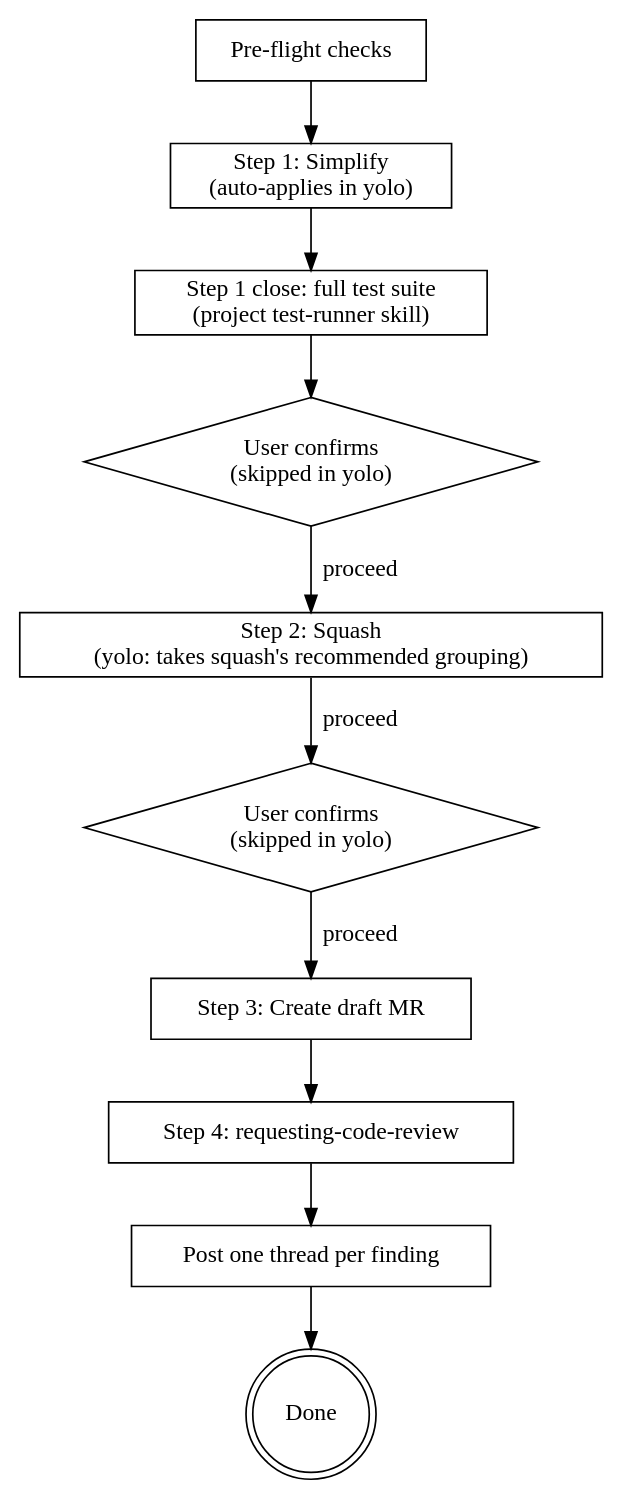
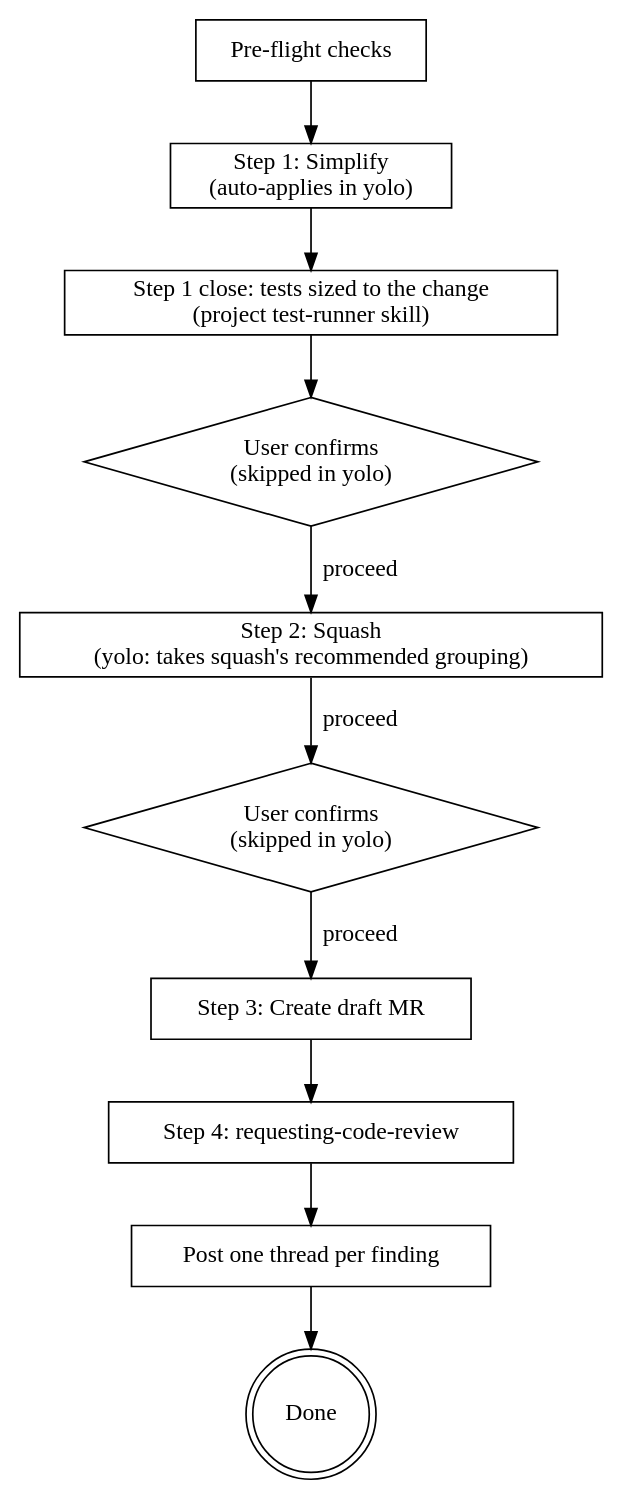
The diagram in skills/finalize-branch/SKILL.md (Minkey27/ai-skills), drawn with Graphviz before and after one commit. The commit also changed other lines of this file and 1 other file, not shown here.

Commit message:
feat(skills): size the finalize test run against the last green full suite

````diff
--- a/skills/finalize-branch/SKILL.md
+++ b/skills/finalize-branch/SKILL.md
@@ -67,22 +67,22 @@
 ```dot
 digraph finalize {
     rankdir=TB;
     node [shape=box];
 
     preflight [label="Pre-flight checks"];
     simplify [label="Step 1: Simplify\n(auto-applies in yolo)"];
-    suite [label="Step 1 close: full test suite\n(project test-runner skill)"];
+    suite [label="Step 1 close: tests sized to the change\n(project test-runner skill)"];
     gate1 [label="User confirms\n(skipped in yolo)" shape=diamond];
     squash [label="Step 2: Squash\n(yolo: takes squash's recommended grouping)"];
     gate2 [label="User confirms\n(skipped in yolo)" shape=diamond];
     mr [label="Step 3: Create draft MR"];
     review [label="Step 4: requesting-code-review"];
     post [label="Post one thread per finding"];
     done [label="Done" shape=doublecircle];
 
     preflight -> simplify -> suite -> gate1;
     gate1 -> squash [label="proceed"];
     squash -> gate2 -> mr [label="proceed"];
     mr -> review -> post -> done;
 }
 ```
````
